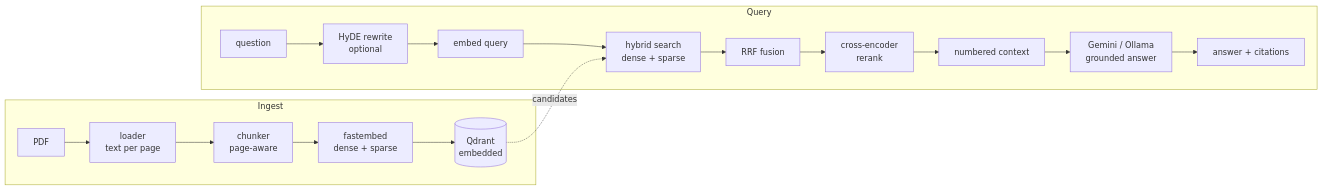
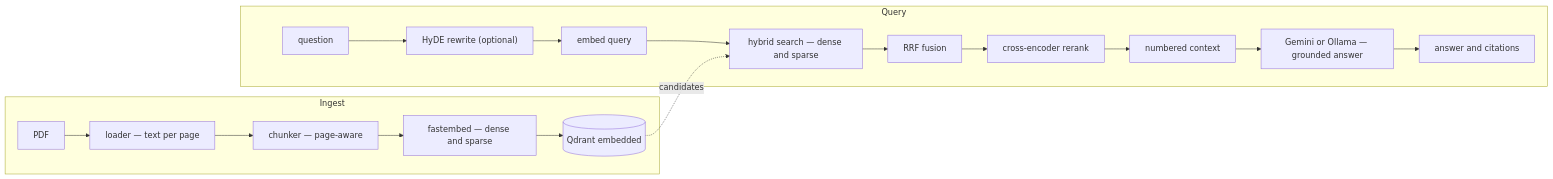
One commit to LRimes90/documind changed the diagram in README.md. Above: the diagram before and after it, drawn with Mermaid.

Commit message:
docs: fix diagramma mermaid (etichette quotate per il renderer GitHub)

````diff
--- a/README.md
+++ b/README.md
@@ -47,13 +47,13 @@
 ```mermaid
 flowchart LR
     subgraph Ingest
-      PDF[PDF] --> L[loader<br/>text per page] --> C[chunker<br/>page-aware] --> E1[fastembed<br/>dense + sparse]
-      E1 --> Q[(Qdrant<br/>embedded)]
+      PDF["PDF"] --> L["loader — text per page"] --> C["chunker — page-aware"] --> E1["fastembed — dense and sparse"]
+      E1 --> Q[("Qdrant embedded")]
     end
     subgraph Query
-      QN[question] --> HyDE[HyDE rewrite<br/>optional] --> E2[embed query]
-      E2 --> H[hybrid search<br/>dense + sparse] --> RRF[RRF fusion] --> RR[cross-encoder<br/>rerank] --> CTX[numbered context]
-      CTX --> LLM[Gemini / Ollama<br/>grounded answer] --> ANS[answer + citations]
+      QN["question"] --> HY["HyDE rewrite (optional)"] --> E2["embed query"]
+      E2 --> H["hybrid search — dense and sparse"] --> RRF["RRF fusion"] --> RR["cross-encoder rerank"] --> CTX["numbered context"]
+      CTX --> LLM["Gemini or Ollama — grounded answer"] --> ANS["answer and citations"]
       Q -. candidates .-> H
     end
 ```
````
